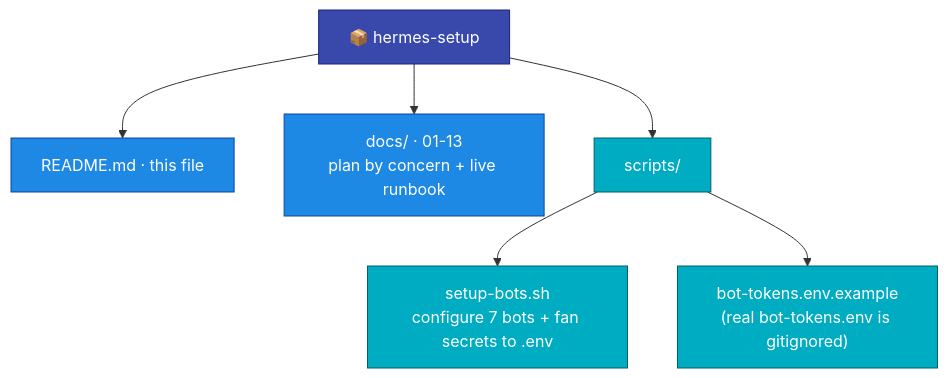
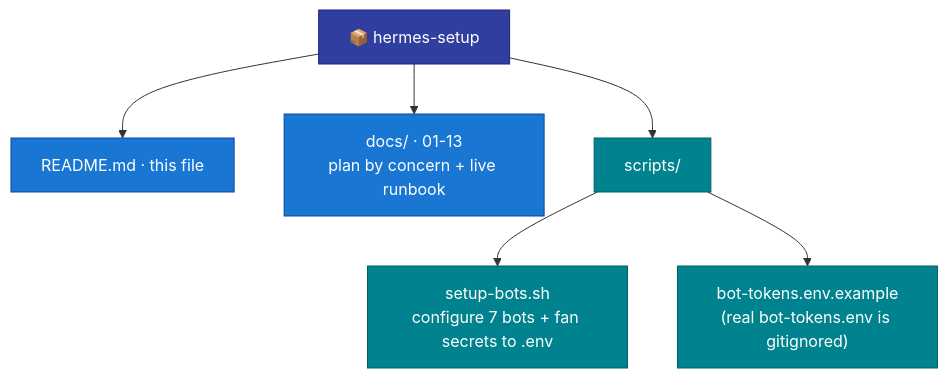
One commit to mpolatcan/hermes-setup changed the fifth of 5 diagrams in README.md. Above: the diagram before and after it, drawn with Mermaid. The commit also changed other lines of this file and 9 other files, not shown here.

First line of the commit message:
docs: unify mermaid palette to Material Design (legible contrast)

````diff
--- a/README.md
+++ b/README.md
@@ -212,12 +212,12 @@
 ```mermaid
 flowchart TB
     root["📦 hermes-setup"]:::root
     root --> readme["README.md · this file"]:::doc
     root --> docs["docs/ · 01-13<br/>plan by concern + live runbook"]:::doc
     root --> scripts["scripts/"]:::svc
     scripts --> sb["setup-bots.sh<br/>configure 7 bots + fan secrets to .env"]:::svc
     scripts --> ex["bot-tokens.env.example<br/>(real bot-tokens.env is gitignored)"]:::svc
-    classDef root fill:#3949AB,stroke:#1A237E,color:#fff
-    classDef doc fill:#1E88E5,stroke:#0D47A1,color:#fff
-    classDef svc fill:#00ACC1,stroke:#006064,color:#fff
+    classDef root fill:#303F9F,stroke:#1A237E,color:#fff
+    classDef doc fill:#1976D2,stroke:#0D47A1,color:#fff
+    classDef svc fill:#00838F,stroke:#006064,color:#fff
 ```
````
